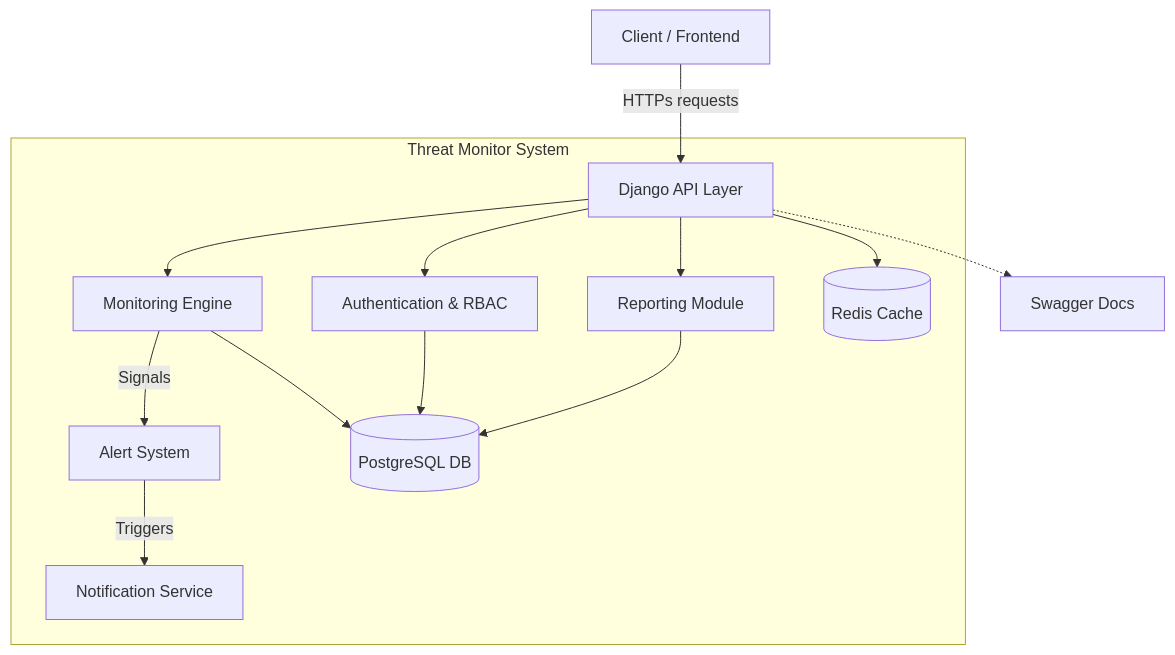
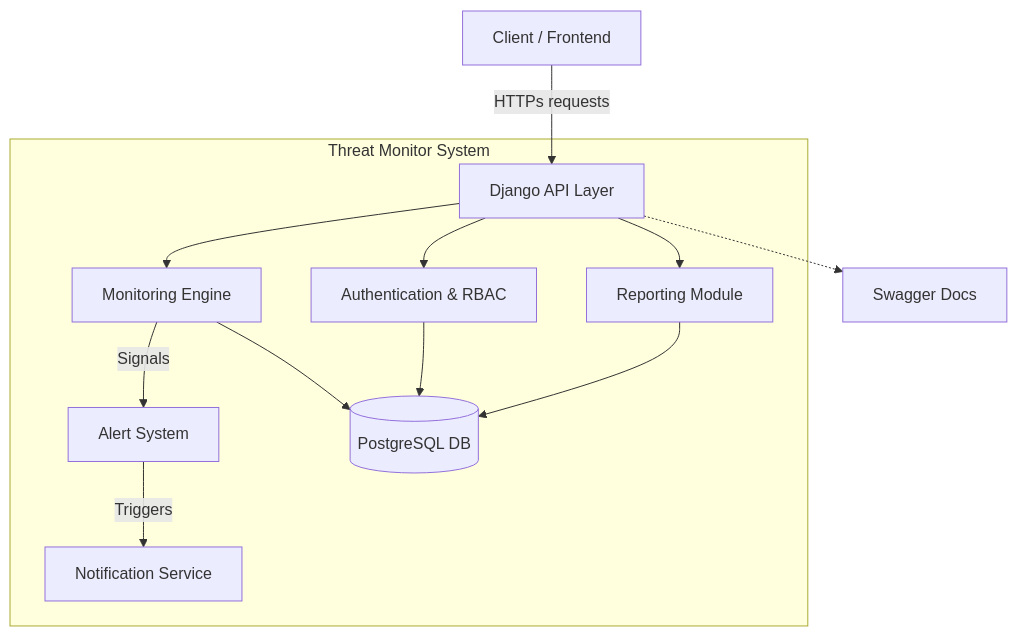
Before and after one commit to RationalPrabal/Threat-Monitoring-Tool: the diagram in README.md, drawn with Mermaid.

````diff
--- a/README.md
+++ b/README.md
@@ -28,21 +28,20 @@
 ```mermaid
 graph TD
     Client[Client / Frontend] -->|HTTPs requests| API[Django API Layer]
     
     subgraph "Threat Monitor System"
         API --> Auth[Authentication & RBAC]
         API --> Mon[Monitoring Engine]
         API --> Rep[Reporting Module]
         
         Mon -->|Signals| AlertSystem[Alert System]
         AlertSystem -->|Triggers| Notifications[Notification Service]
         
         Mon --> DB[(PostgreSQL DB)]
         Auth --> DB
         Rep --> DB
         
-        API --> Cache[(Redis Cache)]
     end
     
     API -.-> Swagger[Swagger Docs]
 ```
````
